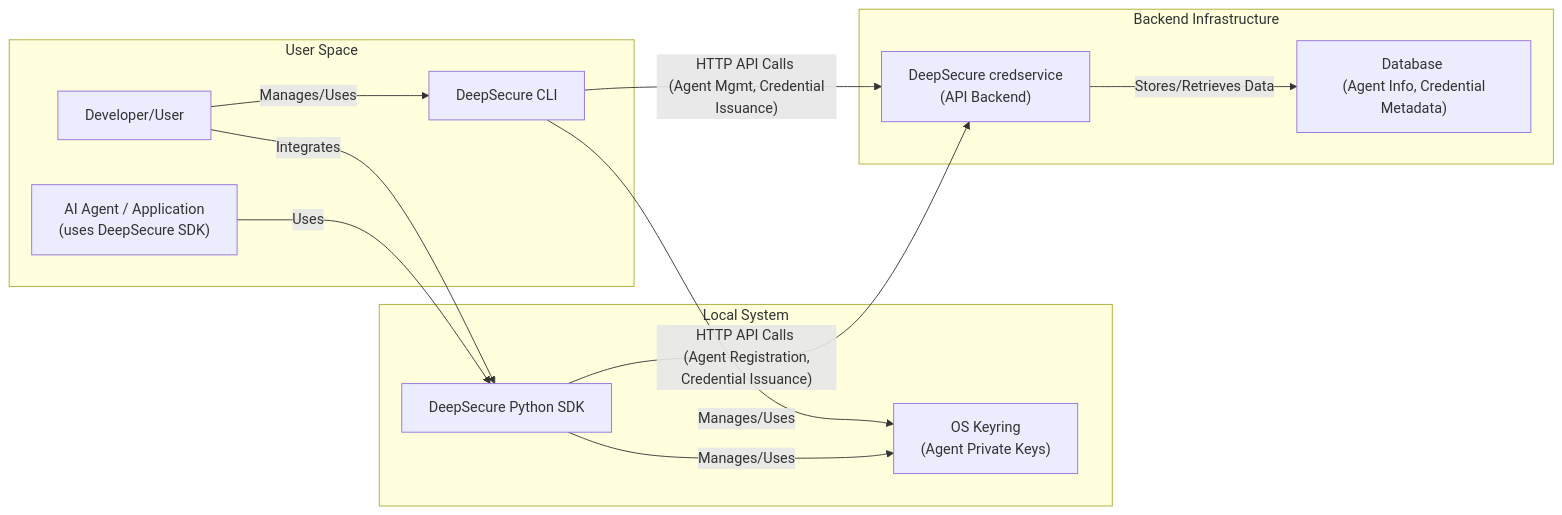
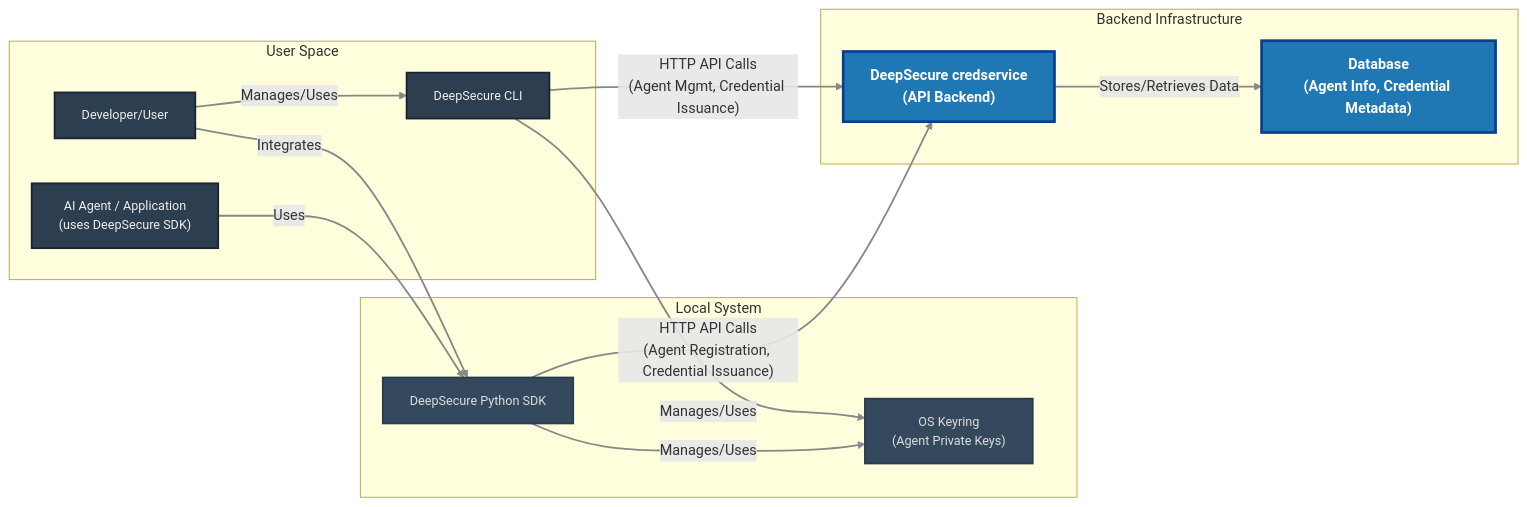
Before and after one commit to DeepTrail/deepsecure: the third of 3 diagrams in README.md, drawn with Mermaid. The commit also changed other lines of this file, not shown here.

Commit message:
Update README.md mermaid diagrams

````diff
--- a/README.md
+++ b/README.md
@@ -234,30 +264,40 @@
 ```mermaid
-        graph LR
-            subgraph "User Space"
-                Developer["Developer/User"]
-                AIAgent["AI Agent / Application <br/> (uses DeepSecure SDK)"]
-                CLI["DeepSecure CLI"]
-            end
+graph LR
+    classDef userNode fill:#2c3e50,stroke:#1a252f,color:#eee,stroke-width:2px,font-size:14px;
+    classDef sdkNode fill:#34495e,stroke:#2a3b4d,color:#ddd,stroke-width:2px,font-size:14px;
+    classDef backendNode fill:#1f77b4,stroke:#0b3d91,color:#fff,stroke-width:3px,font-weight:bold,font-size:16px;
 
-            subgraph "Local System"
-                SDK["DeepSecure Python SDK"]
-                Keyring["OS Keyring <br/> (Agent Private Keys)"]
-            end
+    subgraph "User Space"
+        Developer["Developer/User"]
+        AIAgent["AI Agent / Application<br/>(uses DeepSecure SDK)"]
+        CLI["DeepSecure CLI"]
+    end
 
-            subgraph "Backend Infrastructure"
-                CredService["DeepSecure credservice <br/> (API Backend)"]
-                DB["Database <br/> (Agent Info, Credential Metadata)"]
-            end
+    subgraph "Local System"
+        SDK["DeepSecure Python SDK"]
+        Keyring["OS Keyring<br/>(Agent Private Keys)"]
+    end
 
-            Developer -->|"Manages/Uses"| CLI
-            Developer -->|"Integrates"| SDK
-            AIAgent -->|"Uses"| SDK
+    subgraph "Backend Infrastructure"
+        CredService["DeepSecure credservice<br/>(API Backend)"]
+        DB["Database<br/>(Agent Info, Credential Metadata)"]
+    end
 
-            CLI -->|"Manages/Uses"| Keyring
-            SDK -->|"Manages/Uses"| Keyring
+    Developer -->|"Manages/Uses"| CLI
+    Developer -->|"Integrates"| SDK
+    AIAgent -->|"Uses"| SDK
 
-            CLI -->|"HTTP API Calls <br/> (Agent Mgmt, Credential Issuance)"| CredService
-            SDK -->|"HTTP API Calls <br/> (Agent Registration, Credential Issuance)"| CredService
+    CLI -->|"Manages/Uses"| Keyring
+    SDK -->|"Manages/Uses"| Keyring
 
-            CredService -->|"Stores/Retrieves Data"| DB
+    CLI -->|"HTTP API Calls<br/>(Agent Mgmt, Credential Issuance)"| CredService
+    SDK -->|"HTTP API Calls<br/>(Agent Registration, Credential Issuance)"| CredService
+
+    CredService -->|"Stores/Retrieves Data"| DB
+
+    class Developer,AIAgent,CLI userNode;
+    class SDK,Keyring sdkNode;
+    class CredService,DB backendNode;
+
+    linkStyle default stroke:#888,stroke-width:2px;
 ```
````
